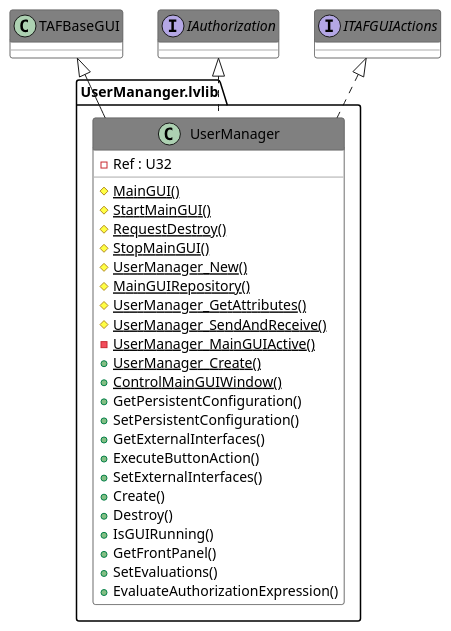
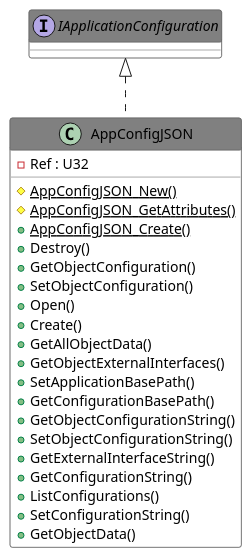
The diagram in Source/Antidoc-Output/Includes/030.adoc (PatriekBruins/TriekselsoftApplicationFramework), drawn with PlantUML before and after one commit. The commit also changed other lines of this file and 692 other files, not shown here.

```diff
--- a/Source/Antidoc-Output/Includes/030.adoc
+++ b/Source/Antidoc-Output/Includes/030.adoc
@@ -8,47 +8,41 @@
 [plantuml, format="svg", align="center"]
 ....
 @startuml
 set namespaceSeparator :
 skinparam ClassBackgroundColor #FFFFFF
 skinparam ClassBorderColor #555555
 skinparam ClassFontColor #000000
 skinparam ClassHeaderBackgroundColor #808080
 
 skinparam top to bottom direction
-class "UserMananger.lvlib:UserManager" {
+class "AppConfigJSON" {
 {field} -Ref : U32
-{static} {method} #MainGUI()
-{static} {method} #StartMainGUI()
-{static} {method} #RequestDestroy()
-{static} {method} #StopMainGUI()
-{static} {method} #UserManager_New()
-{static} {method} #MainGUIRepository()
-{static} {method} #UserManager_GetAttributes()
-{static} {method} #UserManager_SendAndReceive()
-{static} {method} -UserManager_MainGUIActive()
-{static} {method} +UserManager_Create()
-{static} {method} +ControlMainGUIWindow()
-{method} +GetPersistentConfiguration()
-{method} +SetPersistentConfiguration()
-{method} +GetExternalInterfaces()
-{method} +ExecuteButtonAction()
-{method} +SetExternalInterfaces()
+{static} {method} #AppConfigJSON_New()
+{static} {method} #AppConfigJSON_GetAttributes()
+{static} {method} +AppConfigJSON_Create()
+{method} +Destroy()
+{method} +GetObjectConfiguration()
+{method} +SetObjectConfiguration()
+{method} +Open()
 {method} +Create()
-{method} +Destroy()
-{method} +IsGUIRunning()
-{method} +GetFrontPanel()
-{method} +SetEvaluations()
-{method} +EvaluateAuthorizationExpression()
+{method} +GetAllObjectData()
+{method} +GetObjectExternalInterfaces()
+{method} +SetApplicationBasePath()
+{method} +GetConfigurationBasePath()
+{method} +GetObjectConfigurationString()
+{method} +SetObjectConfigurationString()
+{method} +GetExternalInterfaceString()
+{method} +GetConfigurationString()
+{method} +ListConfigurations()
+{method} +SetConfigurationString()
+{method} +GetObjectData()
 
 }
-"TAFBaseGUI" <|-- "UserMananger.lvlib:UserManager"
-"IAuthorization" <|.. "UserMananger.lvlib:UserManager"
-interface "IAuthorization" {}
-"ITAFGUIActions" <|.. "UserMananger.lvlib:UserManager"
-interface "ITAFGUIActions" {}
+"IApplicationConfiguration" <|.. "AppConfigJSON"
+interface "IApplicationConfiguration" {}
 
 
 
 
 @enduml
 ....
```
